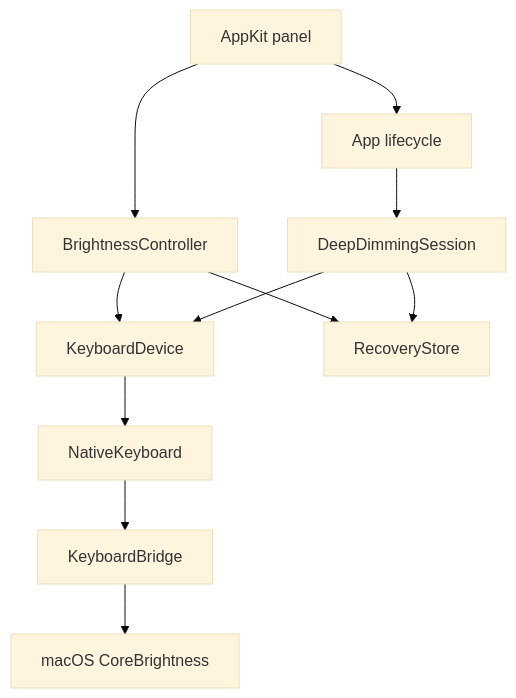
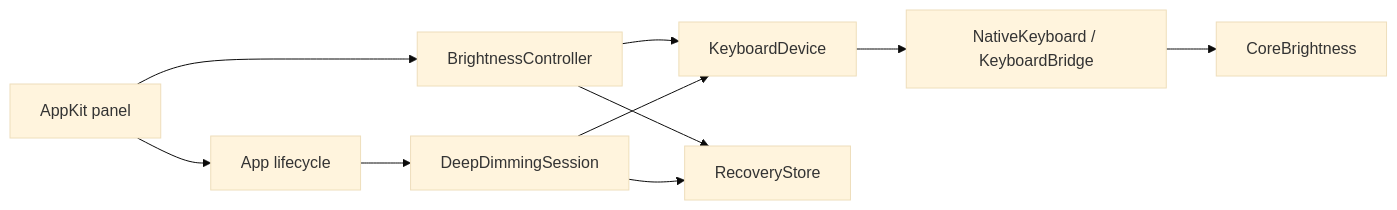
Before and after one commit to anishcreations/nighty-keyboard: the diagram in docs/ARCHITECTURE.md, drawn with Mermaid (base theme). The commit also changed other lines of this file and 8 other files, not shown here.

````diff
--- a/docs/ARCHITECTURE.md
+++ b/docs/ARCHITECTURE.md
@@ -9,13 +6,12 @@
 ```mermaid
-flowchart TD
-    UI[AppKit panel] --> Host[App lifecycle]
-    UI --> Steady[BrightnessController]
+flowchart LR
+    UI[AppKit panel] --> Steady[BrightnessController]
+    UI --> Host[App lifecycle]
     Host --> Deep[DeepDimmingSession]
     Steady --> Device[KeyboardDevice]
     Deep --> Device
-    Device --> Native[NativeKeyboard]
-    Native --> Bridge[KeyboardBridge]
-    Bridge --> OS[macOS CoreBrightness]
+    Device --> Bridge[NativeKeyboard / KeyboardBridge]
+    Bridge --> OS[CoreBrightness]
     Steady --> Store[RecoveryStore]
     Deep --> Store
 ```
````
